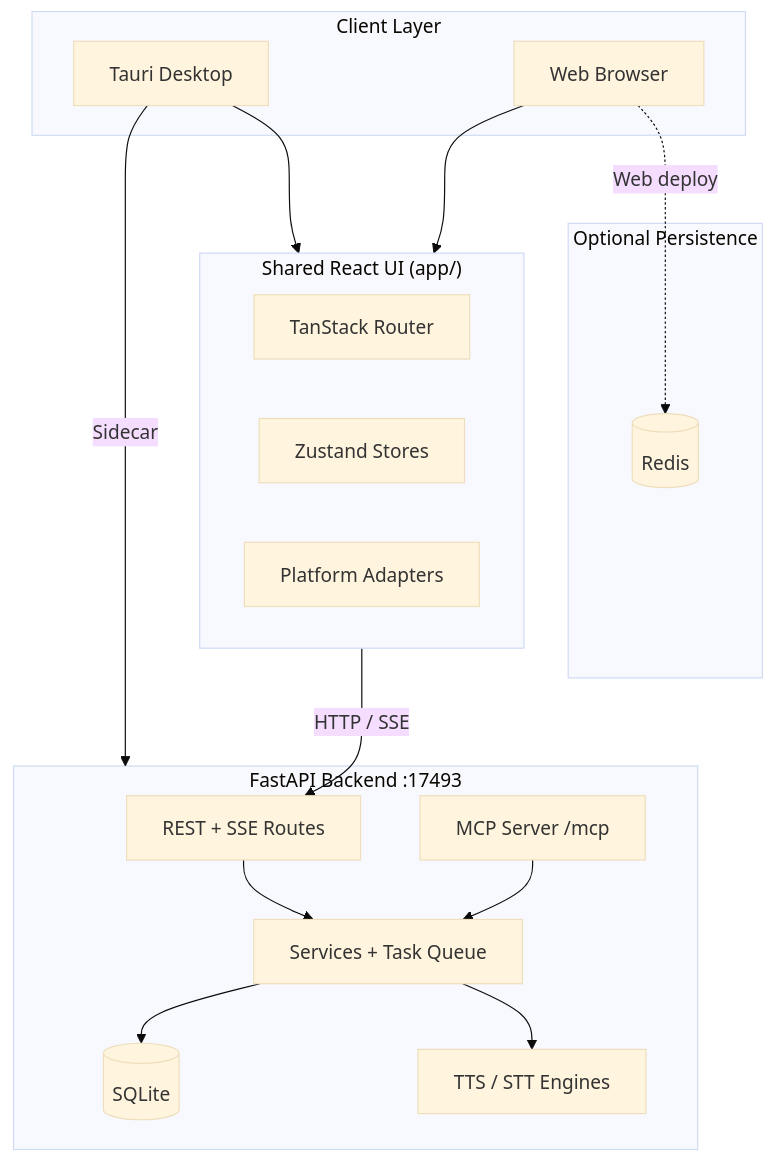
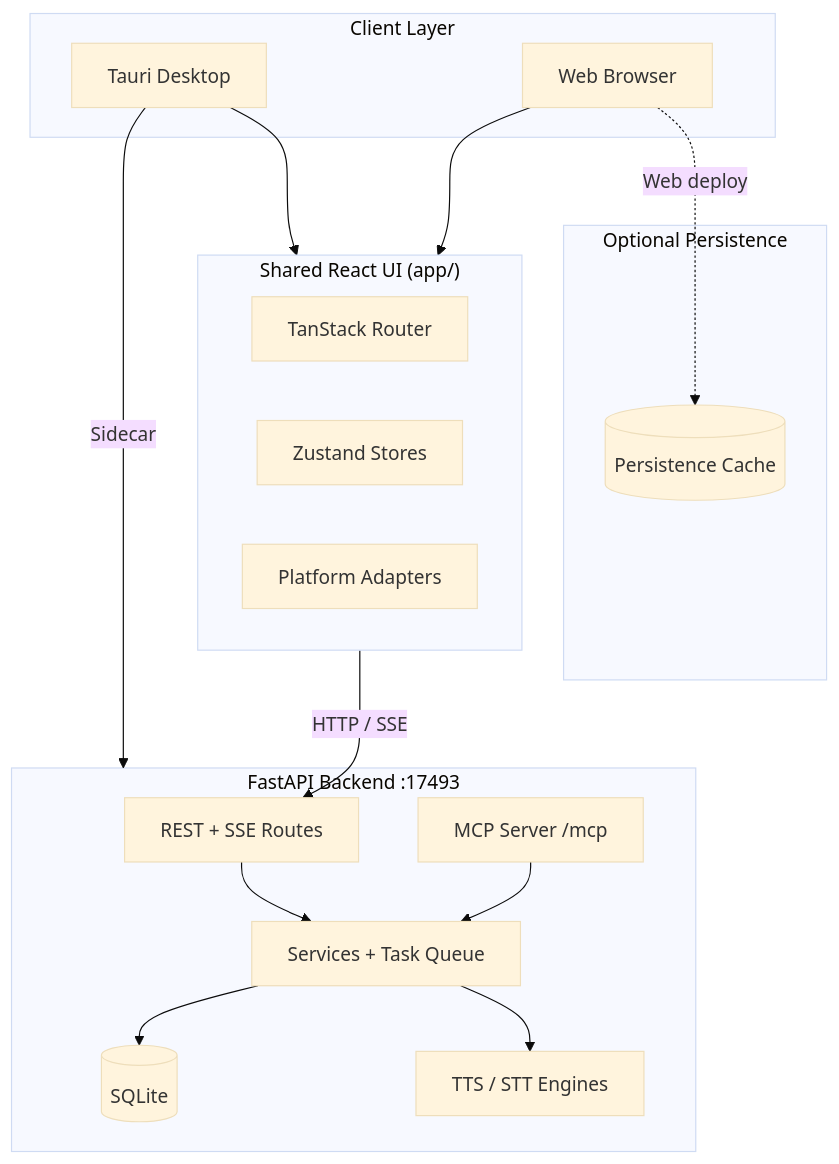
Before and after one commit to h1papc11/voice-mcp-agent: the first of 2 diagrams in README.md, drawn with Mermaid (base theme). The commit also changed other lines of this file and 4 other files, not shown here.

````diff
--- a/README.md
+++ b/README.md
@@ -45,34 +45,34 @@
 ```mermaid
 flowchart TB
   subgraph Client["Client Layer"]
     Desktop["Tauri Desktop"]
     Browser["Web Browser"]
   end
 
   subgraph UI["Shared React UI (app/)"]
     Routes["TanStack Router"]
     Stores["Zustand Stores"]
     Platform["Platform Adapters"]
   end
 
   subgraph Backend["FastAPI Backend :17493"]
     API["REST + SSE Routes"]
     SVC["Services + Task Queue"]
     ENG["TTS / STT Engines"]
     MCP["MCP Server /mcp"]
     DB[(SQLite)]
   end
 
   subgraph Persist["Optional Persistence"]
-    Redis[(Redis)]
+    Cache[(Persistence Cache)]
   end
 
   Desktop --> UI
   Browser --> UI
   UI -->|HTTP / SSE| API
   Desktop -->|Sidecar| Backend
   API --> SVC --> ENG
   SVC --> DB
   MCP --> SVC
-  Browser -.->|Web deploy| Redis
+  Browser -.->|Web deploy| Cache
 ```
````
